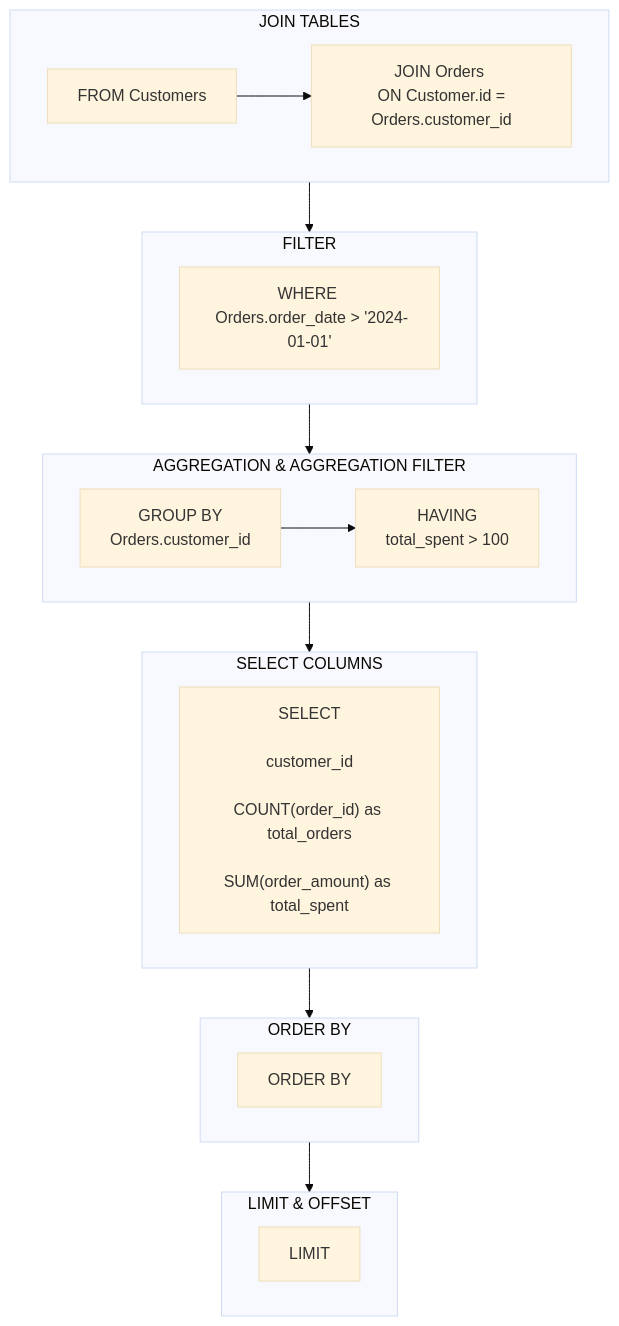
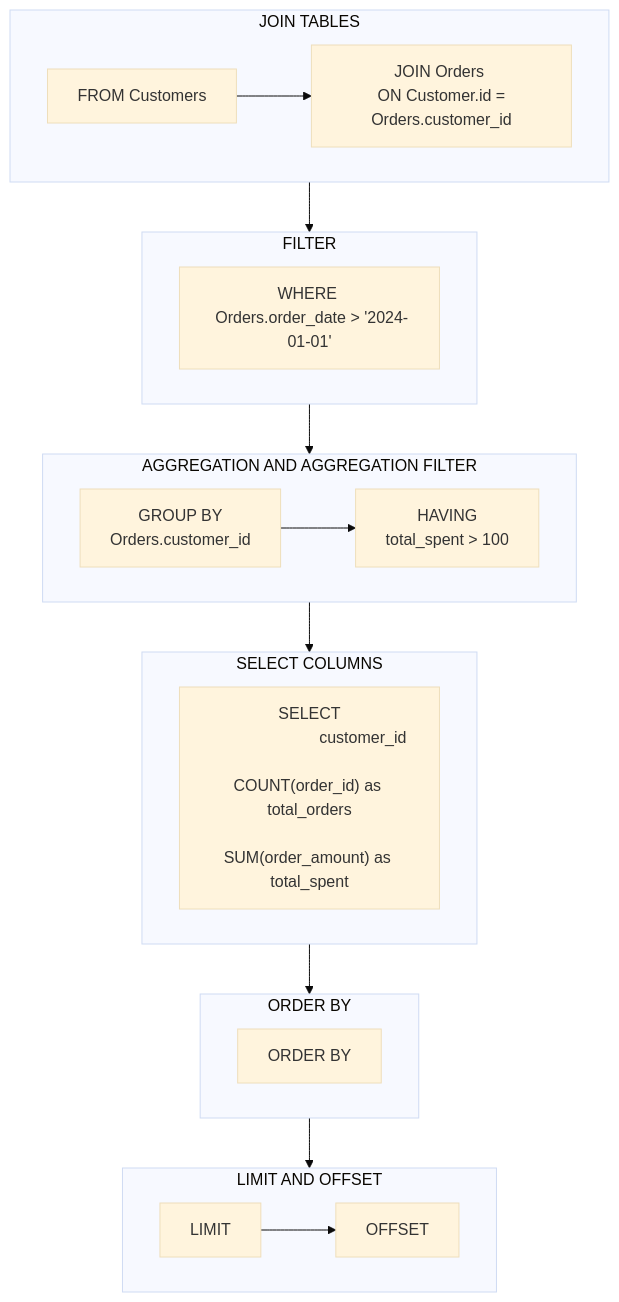
Before and after one commit to vaskardahal/Databases: the diagram in Sql_intro.md, drawn with Mermaid (base theme).

Commit message:
sql order flowchart

````diff
--- a/Sql_intro.md
+++ b/Sql_intro.md
@@ -25,67 +25,41 @@
 ```mermaid
-flowchart TD
-
-subgraph one["JOIN TABLES"]
-
-direction LR
-
-A["FROM Customers"] -->
-
-B["JOIN Orders <br> ON Customer.id = Orders.customer_id"]
-
-end
-
-subgraph two["FILTER"]
-
-C["WHERE <br> Orders.order_date > '2024-01-01'"]
-
-end
-
-subgraph three["AGGREGATION & AGGREGATION FILTER"]
-
-D["GROUP BY <br> Orders.customer_id"] -->
-
-E["HAVING <br> total_spent > 100"]
-
-end
-
-subgraph four["SELECT COLUMNS"]
-
-F["SELECT
-
-customer_id
-
-COUNT(order_id) as total_orders
-
-SUM(order_amount) as total_spent"
-
-]
-
-end
-
-subgraph five["ORDER BY"]
-
-G["ORDER BY"]
-
-end
-
-subgraph six["LIMIT & OFFSET"]
-
-H["LIMIT"]
-
-end
-
-  
-  
-
-one --> two
-
-two --> three
-
-three --> four
-
-four --> five
-
-five --> six
-
+	flowchart TD
+		subgraph one["JOIN TABLES"]
+			direction LR
+			A["FROM Customers"] -->
+			B["JOIN Orders <br> ON Customer.id = Orders.customer_id"]
+		end
+	
+		subgraph two["FILTER"]
+			C["WHERE <br> Orders.order_date > '2024-01-01'"]
+		end
+	
+		subgraph three["AGGREGATION AND AGGREGATION FILTER"]
+			direction LR
+			D["GROUP BY <br> Orders.customer_id"] -->
+			E["HAVING <br> total_spent > 100"]
+		end
+	
+		subgraph four["SELECT COLUMNS"]
+			F["SELECT
+				customer_id
+				COUNT(order_id) as total_orders
+				SUM(order_amount) as total_spent"]
+		end
+	
+		subgraph five["ORDER BY"]
+			G["ORDER BY"]	
+		end
+			
+		subgraph six["LIMIT AND OFFSET"]
+			direction LR
+			H["LIMIT"] --> 
+			I["OFFSET"]
+		end
+	
+	one --> two
+	two --> three
+	three --> four
+	four --> five
+	five --> six
 ```
````
